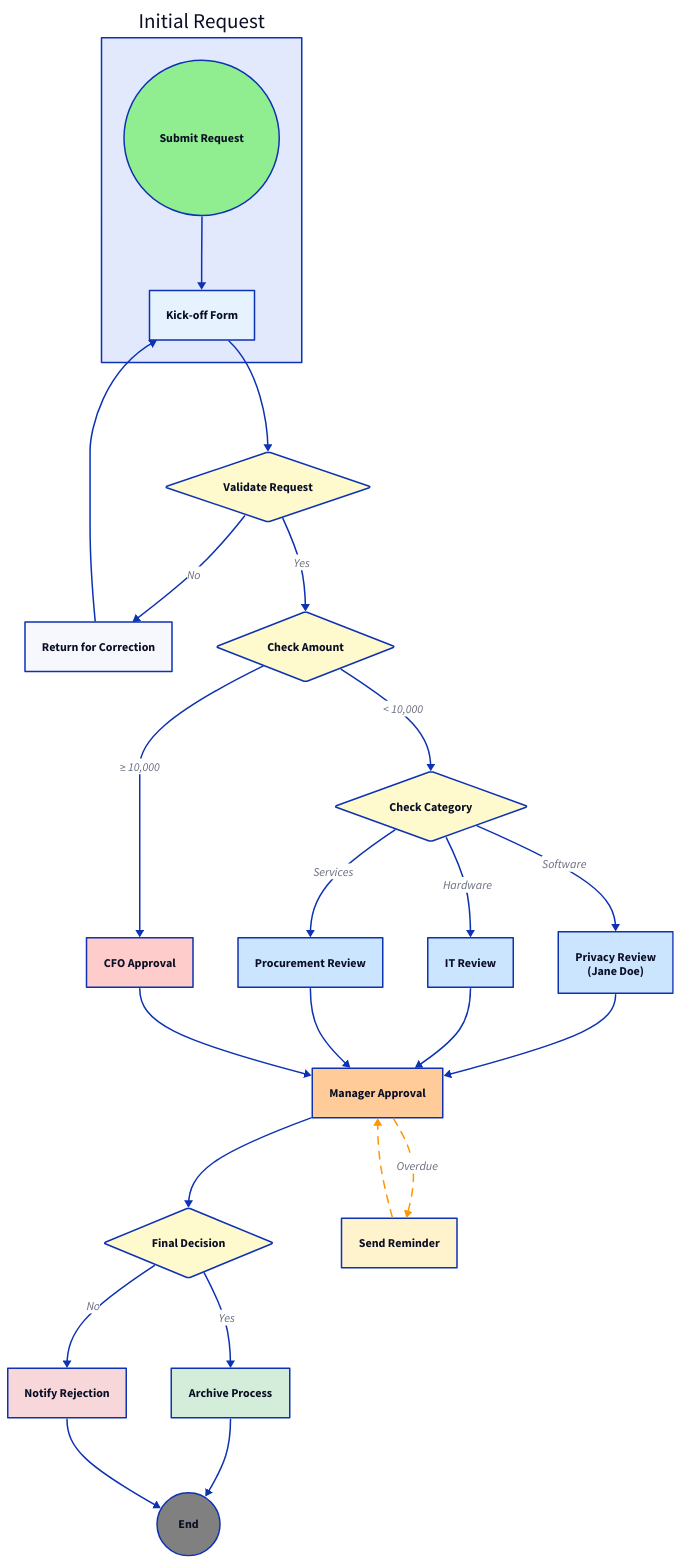
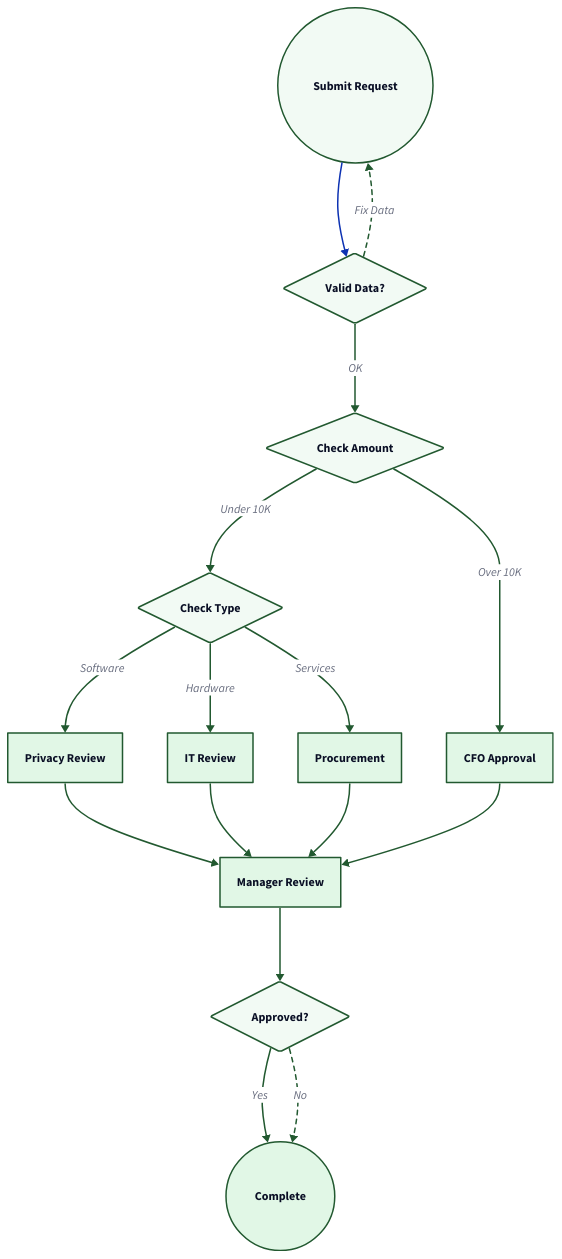
Before and after one commit to tallyfy/documentation: the diagram in src/content/docs/pro/tutorials/how-to/track-and-run-complex-approval-workflows.mdx, drawn with D2. The commit also changed other lines of this file and 605 other files, not shown here.

````diff
--- a/src/content/docs/pro/tutorials/how-to/track-and-run-complex-approval-workflows.mdx
+++ b/src/content/docs/pro/tutorials/how-to/track-and-run-complex-approval-workflows.mdx
@@ -46,123 +47,122 @@
 ```d2
-# Approval Workflow Visualization
+# Purchase Approval Workflow
 
-# Initial Request
-initial_request: "Initial Request" {
-  Start: "Submit Request" {
-    shape: circle
-    style.fill: "#90ee90"
-  }
-  Form: "Kick-off Form" {
-    shape: rectangle
-    style.fill: "#e6f3ff"
-  }
-  Start -> Form
+direction: down
+
+# Start and End
+Start: Submit Request {
+  shape: circle
+  style.fill: "#f2faf4"
+  style.stroke: "#225930"
 }
 
-initial_request.Form -> Validate
-
-Validate: "Validate Request" {
-  shape: diamond
-  style.fill: "#fffacd"
+End: Complete {
+  shape: circle
+  style.fill: "#e1f7e6"
+  style.stroke: "#225930"
 }
 
-Return: "Return for Correction"
-
-Validate -> Return: "No"
-Return -> initial_request.Form
-
-Validate -> Amount: "Yes"
-
-Amount: "Check Amount" {
+# Decision Points
+Validate: Valid Data? {
   shape: diamond
-  style.fill: "#fffacd"
+  style.fill: "#f2faf4"
+  style.stroke: "#225930"
 }
 
-CFO: "CFO Approval" {
-  shape: rectangle
-  style.fill: "#ffcccc"
+Amount: Check Amount {
+  shape: diamond  
+  style.fill: "#f2faf4"
+  style.stroke: "#225930"
 }
 
-Category: "Check Category" {
+Category: Check Type {
   shape: diamond
-  style.fill: "#fffacd"
+  style.fill: "#f2faf4"
+  style.stroke: "#225930"
 }
 
-Amount -> Category: "< 10,000"
-Amount -> CFO: "≥ 10,000"
-
-Privacy: "Privacy Review\n(Jane Doe)" {
-  shape: rectangle
-  style.fill: "#cce5ff"
-}
-IT: "IT Review" {
-  shape: rectangle
-  style.fill: "#cce5ff"
-}
-Procurement: "Procurement Review" {
-  shape: rectangle
-  style.fill: "#cce5ff"
+Decision: Approved? {
+  shape: diamond
+  style.fill: "#f2faf4"
+  style.stroke: "#225930"
 }
 
-Category -> Privacy: "Software"
-Category -> IT: "Hardware"
-Category -> Procurement: "Services"
-
-Manager: "Manager Approval" {
-  shape: rectangle
-  style.fill: "#ffcc99"
+# Reviewers
+Privacy: Privacy Review {
+  style.fill: "#e1f7e6"
+  style.stroke: "#225930"
 }
 
-Privacy -> Manager
-IT -> Manager
-Procurement -> Manager
-CFO -> Manager
-
-Decision: "Final Decision" {
-  shape: diamond
-  style.fill: "#fffacd"
+IT: IT Review {
+  style.fill: "#e1f7e6"
+  style.stroke: "#225930"
 }
 
-Manager -> Decision
-
-Archive: "Archive Process" {
-  shape: rectangle
-  style.fill: "#d4edda"
+Procure: Procurement {
+  style.fill: "#e1f7e6"
+  style.stroke: "#225930"
 }
 
-Notify: "Notify Rejection" {
-  shape: rectangle
-  style.fill: "#f8d7da"
+CFO: CFO Approval {
+  style.fill: "#e1f7e6"
+  style.stroke: "#225930"
 }
 
-End: "End" {
-  shape: circle
-  style.fill: "#808080"
+Manager: Manager Review {
+  style.fill: "#e1f7e6"
+  style.stroke: "#225930"
 }
 
-Decision -> Archive: "Yes"
-Decision -> Notify: "No"
+# Main flow
+Start -> Validate
 
-Archive -> End
-Notify -> End
-
-# Reminder automation (dotted lines)
-Reminder: "Send Reminder" {
-  shape: rectangle
-  style.fill: "#fff3cd"
+Validate -> Start: Fix Data {
+  style.stroke: "#225930"
+  style.stroke-dash: 3
+}
+Validate -> Amount: OK {
+  style.stroke: "#225930"
 }
 
-Manager -> Reminder: "Overdue" {
-  style.stroke-dash: 5
-  style.stroke: "#ff9800"
+Amount -> Category: Under 10K {
+  style.stroke: "#225930"
 }
-Reminder -> Manager {
-  style.stroke-dash: 5
-  style.stroke: "#ff9800"
+Amount -> CFO: Over 10K {
+  style.stroke: "#225930"
 }
 
-# Note: Clickable links are indicated in the original
-# Form link: /products/pro/tutorials/how-to/build-effective-forms/ "Learn about form building"
-# Manager link: /products/pro/documenting/templates/automations/index/ "Configure automations"
-# Archive link: /products/pro/tracking-and-tasks/tracker-view/organize-processes/index/ "Organize completed processes"
+Category -> Privacy: Software {
+  style.stroke: "#225930"
+}
+Category -> IT: Hardware {
+  style.stroke: "#225930"
+}
+Category -> Procure: Services {
+  style.stroke: "#225930"
+}
+
+Privacy -> Manager {
+  style.stroke: "#225930"
+}
+IT -> Manager {
+  style.stroke: "#225930"
+}
+Procure -> Manager {
+  style.stroke: "#225930"
+}
+CFO -> Manager {
+  style.stroke: "#225930"
+}
+
+Manager -> Decision {
+  style.stroke: "#225930"
+}
+
+Decision -> End: Yes {
+  style.stroke: "#225930"
+}
+Decision -> End: No {
+  style.stroke: "#225930"
+  style.stroke-dash: 3
+}
 ```
````
